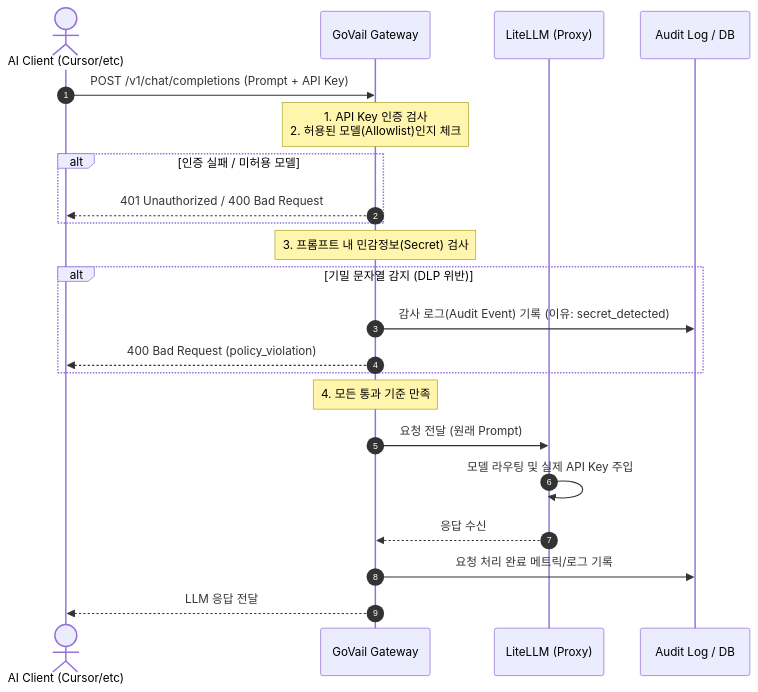
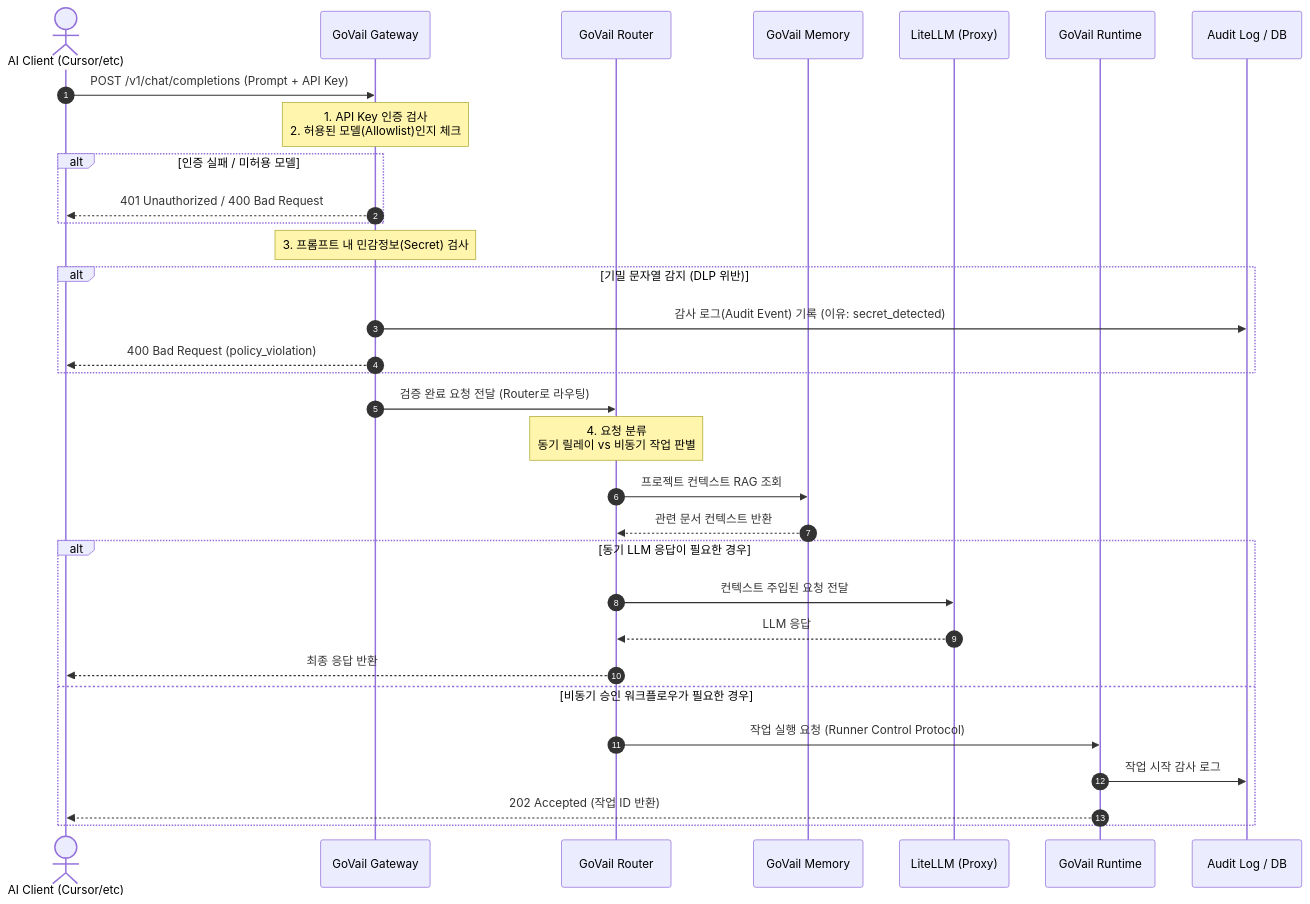
One commit to GoVail/govail.github.io changed the second of 2 diagrams in posts/architecture.md. Above: the diagram before and after it, drawn with Mermaid. The commit also changed other lines of this file and 16 other files, not shown here.

First line of the commit message:
feat: add Router/Memory/Runtime posts, fix Mermaid rendering, update architecture

````diff
--- a/posts/architecture.md
+++ b/posts/architecture.md
@@ -43,28 +51,41 @@
 ```mermaid
 sequenceDiagram
     autonumber
     actor Client as AI Client (Cursor/etc)
     participant GW as GoVail Gateway
+    participant RT as GoVail Router
+    participant MEM as GoVail Memory
     participant LLM as LiteLLM (Proxy)
+    participant RUN as GoVail Runtime
     participant Log as Audit Log / DB
-    
+
     Client->>GW: POST /v1/chat/completions (Prompt + API Key)
-    
+
     Note over GW: 1. API Key 인증 검사<br/>2. 허용된 모델(Allowlist)인지 체크
     alt 인증 실패 / 미허용 모델
         GW-->>Client: 401 Unauthorized / 400 Bad Request
     end
-    
+
     Note over GW: 3. 프롬프트 내 민감정보(Secret) 검사
     alt 기밀 문자열 감지 (DLP 위반)
         GW->>Log: 감사 로그(Audit Event) 기록 (이유: secret_detected)
         GW-->>Client: 400 Bad Request (policy_violation)
     end
-    
-    Note over GW: 4. 모든 통과 기준 만족
-    GW->>LLM: 요청 전달 (원래 Prompt)
-    LLM->>LLM: 모델 라우팅 및 실제 API Key 주입
-    LLM-->>GW: 응답 수신
-    GW->>Log: 요청 처리 완료 메트릭/로그 기록
-    GW-->>Client: LLM 응답 전달
+
+    GW->>RT: 검증 완료 요청 전달 (Router로 라우팅)
+
+    Note over RT: 4. 요청 분류<br/>동기 릴레이 vs 비동기 작업 판별
+    RT->>MEM: 프로젝트 컨텍스트 RAG 조회
+
+    MEM-->>RT: 관련 문서 컨텍스트 반환
+
+    alt 동기 LLM 응답이 필요한 경우
+        RT->>LLM: 컨텍스트 주입된 요청 전달
+        LLM-->>RT: LLM 응답
+        RT-->>Client: 최종 응답 반환
+    else 비동기 승인 워크플로우가 필요한 경우
+        RT->>RUN: 작업 실행 요청 (Runner Control Protocol)
+        RUN->>Log: 작업 시작 감사 로그
+        RUN-->>Client: 202 Accepted (작업 ID 반환)
+    end
 ```
````
